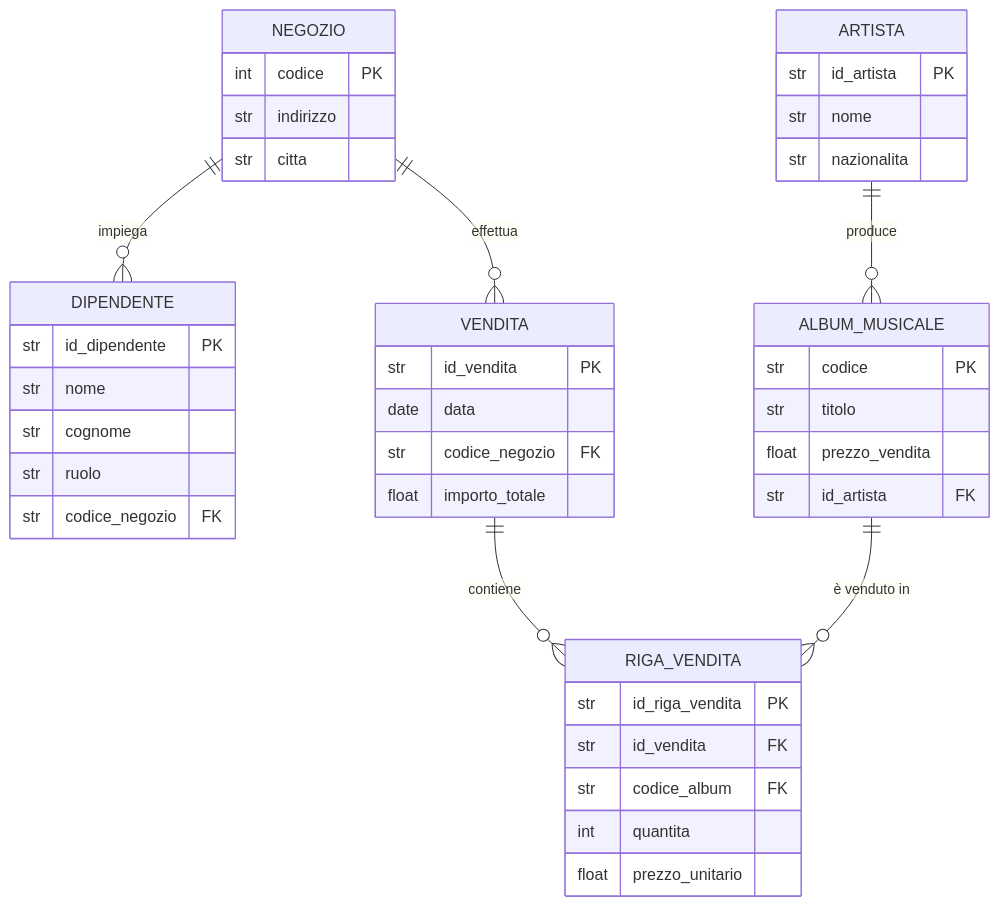
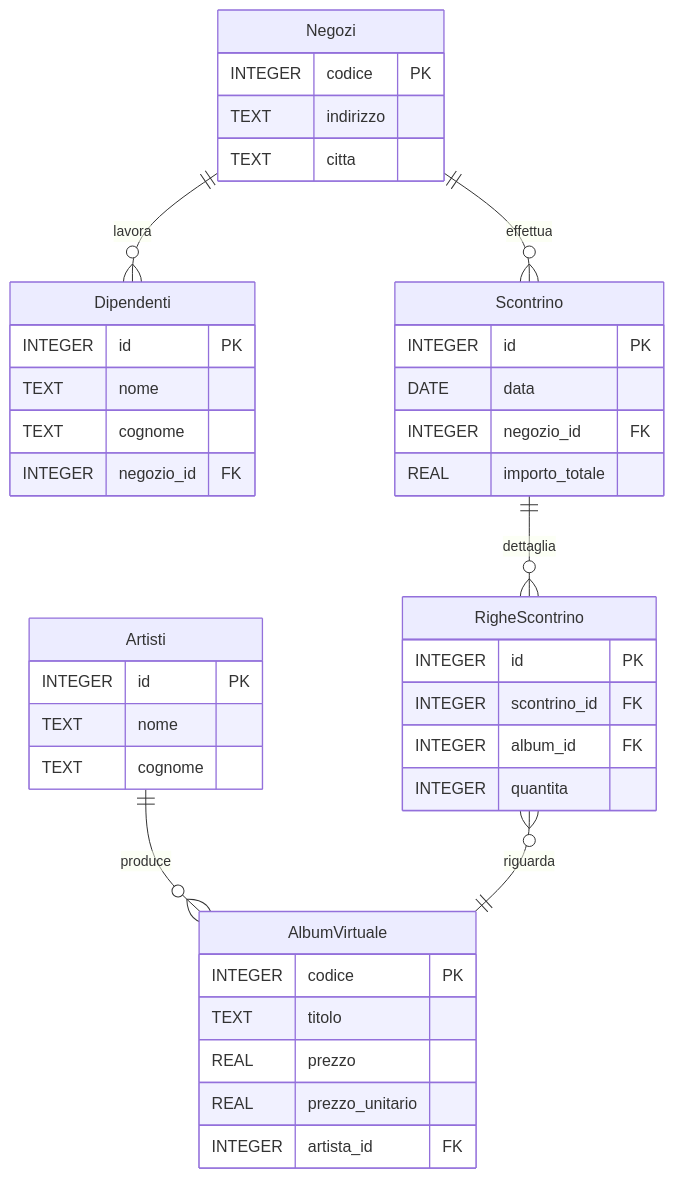
Before and after one commit to LucaPontellini/Homepage: the diagram in Computer_science/New_exercises_with_database/Mermaid/Pontellini_008.md, drawn with Mermaid. The commit also changed 2 other files, not shown here.

````diff
--- a/Computer_science/New_exercises_with_database/Mermaid/Pontellini_008.md
+++ b/Computer_science/New_exercises_with_database/Mermaid/Pontellini_008.md
@@ -20,51 +20,50 @@
 ```mermaid
+erDiagram
 
-erDiagram
-    NEGOZIO {
-      int codice PK
-      str indirizzo
-      str citta
+    RigheScontrino {
+        INTEGER id PK
+        INTEGER scontrino_id FK
+        INTEGER album_id FK
+        INTEGER quantita
     }
 
-    DIPENDENTE {
-      str id_dipendente PK
-      str nome
-      str cognome
-      str ruolo
-      str codice_negozio FK
+    Negozi {
+        INTEGER codice PK
+        TEXT indirizzo
+        TEXT citta
     }
 
-    ARTISTA {
-      str id_artista PK
-      str nome
-      str nazionalita
+    Dipendenti {
+        INTEGER id PK
+        TEXT nome
+        TEXT cognome
+        INTEGER negozio_id FK
     }
 
-    ALBUM_MUSICALE {
-      str codice PK
-      str titolo
-      float prezzo_vendita
-      str id_artista FK
+    Artisti {
+        INTEGER id PK
+        TEXT nome
+        TEXT cognome
     }
 
-    VENDITA {
-      str id_vendita PK
-      date data
-      str codice_negozio FK
-      float importo_totale
+    AlbumVirtuale {
+        INTEGER codice PK
+        TEXT titolo
+        REAL prezzo
+        REAL prezzo_unitario
+        INTEGER artista_id FK
     }
 
-    RIGA_VENDITA {
-      str id_riga_vendita PK
-      str id_vendita FK
-      str codice_album FK
-      int quantita
-      float prezzo_unitario
+    Scontrino {
+        INTEGER id PK
+        DATE data
+        INTEGER negozio_id FK
+        REAL importo_totale
     }
 
-    NEGOZIO ||--o{ DIPENDENTE : "impiega"
-    ARTISTA ||--o{ ALBUM_MUSICALE : "produce"
-    NEGOZIO ||--o{ VENDITA : "effettua"
-    VENDITA ||--o{ RIGA_VENDITA : "contiene"
-    ALBUM_MUSICALE ||--o{ RIGA_VENDITA : "è venduto in"
+    Negozi ||--o{ Dipendenti : "lavora"
+    Negozi ||--o{ Scontrino : "effettua"
+    Artisti ||--o{ AlbumVirtuale : "produce"
+    Scontrino ||--o{ RigheScontrino : "dettaglia"
+    RigheScontrino }o--|| AlbumVirtuale : "riguarda"
 ```
````
